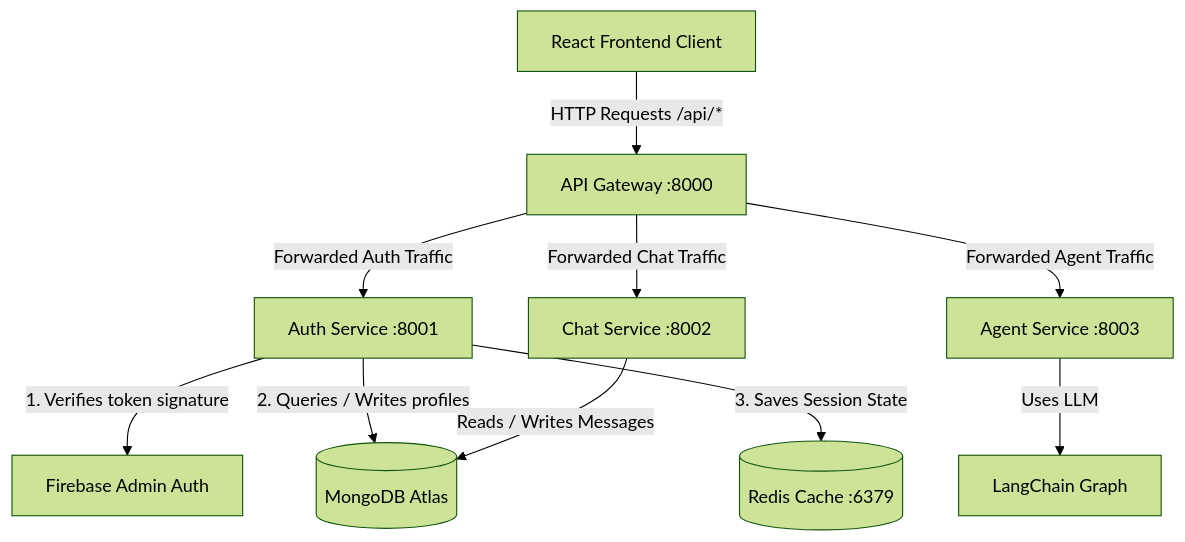
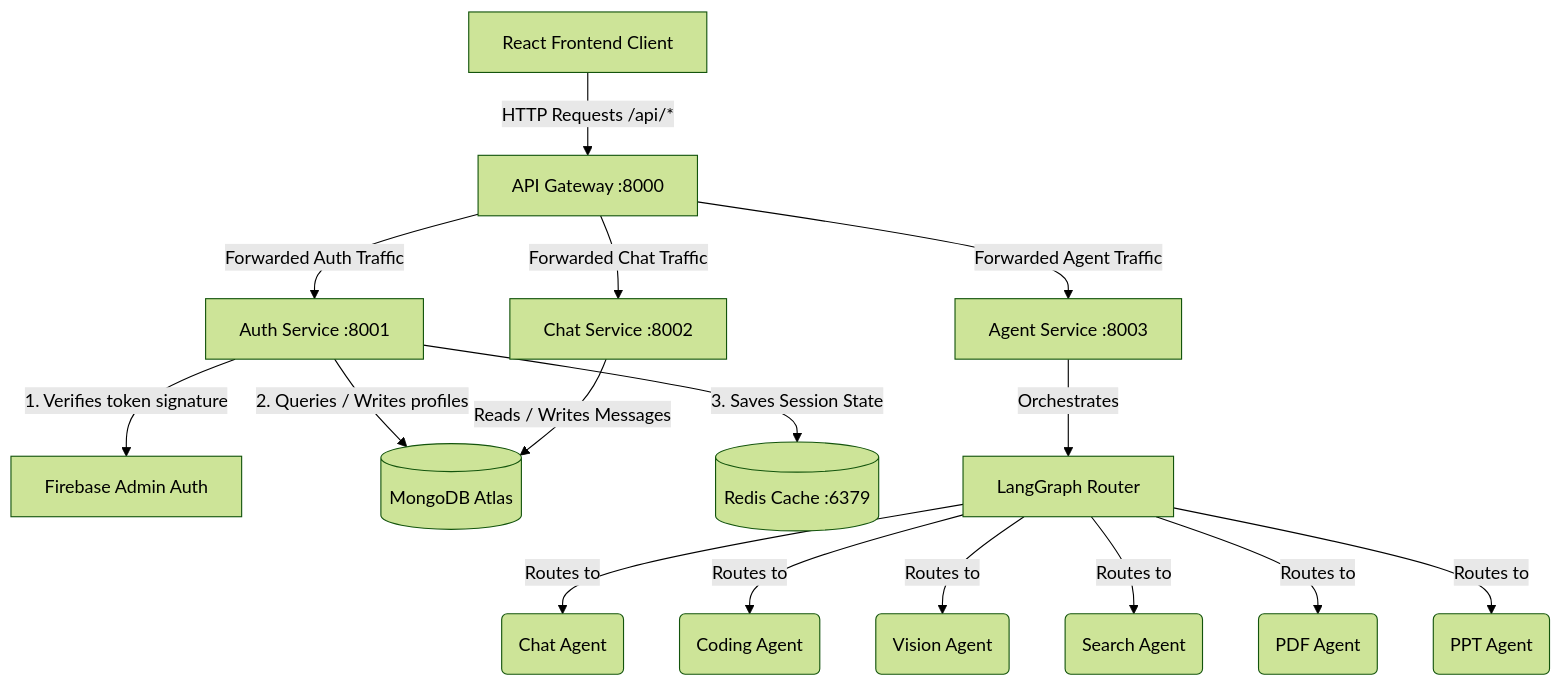
Before and after one commit to RajChaudhary7706/MultiAgentX: the first of 2 diagrams in README.md, drawn with Mermaid (forest theme). The commit also changed other lines of this file and 3 other files, not shown here.

````diff
--- a/README.md
+++ b/README.md
@@ -109,12 +112,18 @@
 ```mermaid
 graph TD
     Client[React Frontend Client] -->|HTTP Requests /api/*| Gateway[API Gateway :8000]
     Gateway -->|Forwarded Auth Traffic| AuthService[Auth Service :8001]
     Gateway -->|Forwarded Chat Traffic| ChatService[Chat Service :8002]
     Gateway -->|Forwarded Agent Traffic| AgentService[Agent Service :8003]
     AuthService -->|1. Verifies token signature| Firebase[Firebase Admin Auth]
     AuthService -->|2. Queries / Writes profiles| MongoDB[(MongoDB Atlas)]
     AuthService -->|3. Saves Session State| Redis[(Redis Cache :6379)]
     ChatService -->|Reads / Writes Messages| MongoDB
-    AgentService -->|Uses LLM| LangChain[LangChain Graph]
+    AgentService -->|Orchestrates| Router[LangGraph Router]
+    Router -->|Routes to| ChatAgent(Chat Agent)
+    Router -->|Routes to| CodingAgent(Coding Agent)
+    Router -->|Routes to| VisionAgent(Vision Agent)
+    Router -->|Routes to| SearchAgent(Search Agent)
+    Router -->|Routes to| PDFAgent(PDF Agent)
+    Router -->|Routes to| PPTAgent(PPT Agent)
 ```
````
